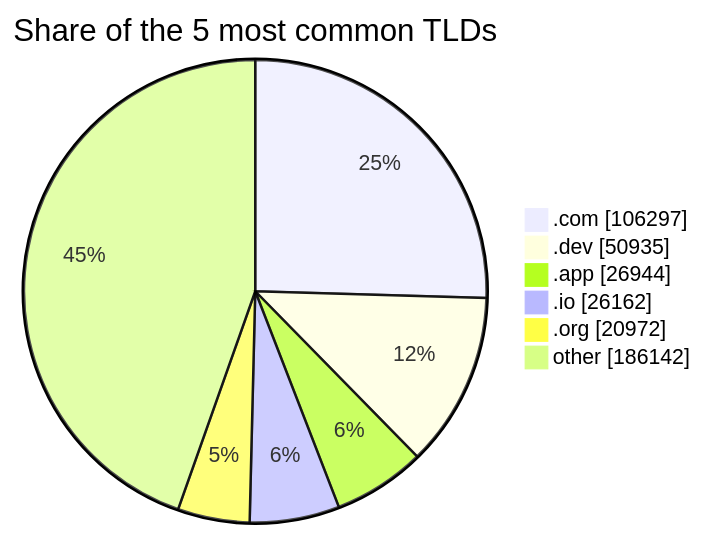
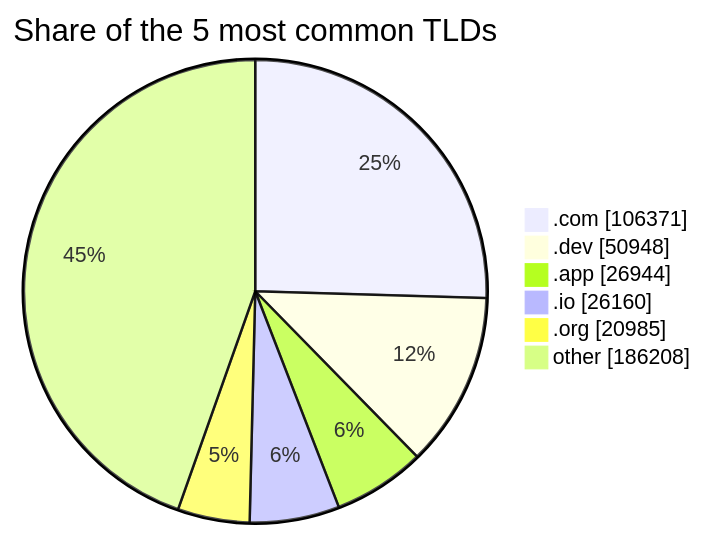
One commit to DNSBunker/CTI changed the third of 3 diagrams in README.md. Above: the diagram before and after it, drawn with Mermaid. The commit also changed other lines of this file and 3 other files, not shown here.

````diff
--- a/README.md
+++ b/README.md
@@ -81,9 +81,9 @@
 ```mermaid
 pie showData title Share of the 5 most common TLDs
-    ".com" : 106297
-    ".dev" : 50935
+    ".com" : 106371
+    ".dev" : 50948
     ".app" : 26944
-    ".io" : 26162
-    ".org" : 20972
-    "other" : 186142
+    ".io" : 26160
+    ".org" : 20985
+    "other" : 186208
 ```
````
